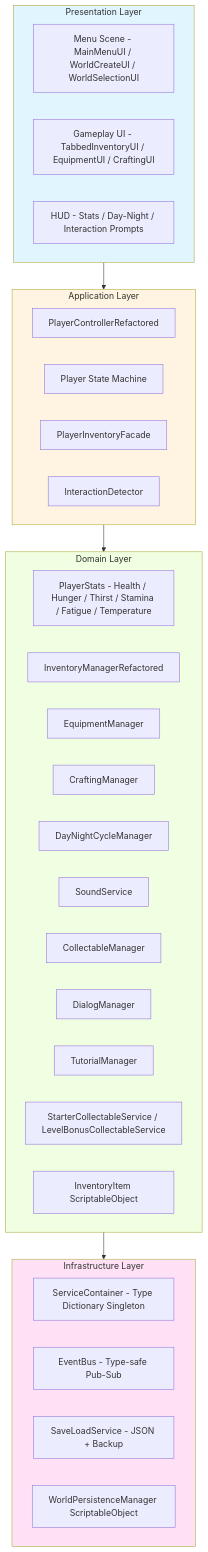
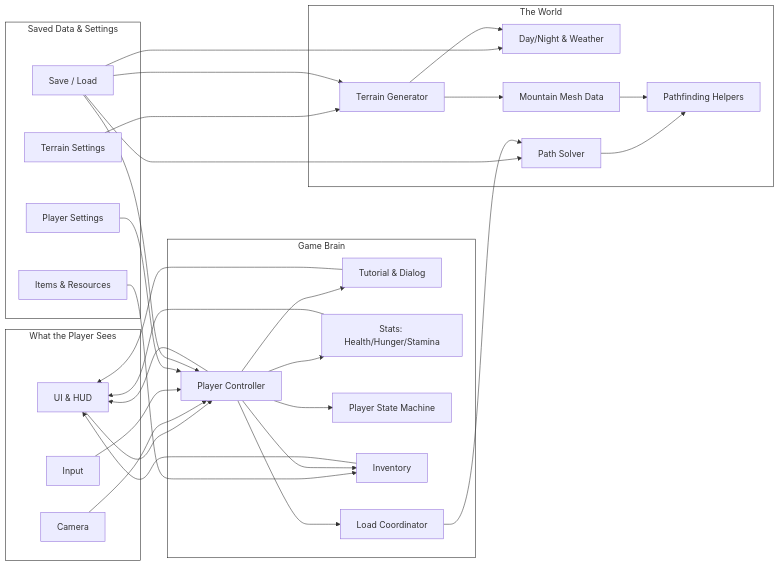
One commit to DontBeknown/so-PEAK changed the first of 3 diagrams in CODEBASE_MERMAID_DIAGRAMS.md. Above: the diagram before and after it, drawn with Mermaid. The commit also changed other lines of this file and 64 other files, not shown here.

````diff
--- a/CODEBASE_MERMAID_DIAGRAMS.md
+++ b/CODEBASE_MERMAID_DIAGRAMS.md
@@ -24,45 +18,68 @@
 ```mermaid
-graph TB
-    subgraph Presentation["Presentation Layer"]
-        Menu[Menu Scene - MainMenuUI / WorldCreateUI / WorldSelectionUI]
-        UI[Gameplay UI - TabbedInventoryUI / EquipmentUI / CraftingUI]
-        HUD[HUD - Stats / Day-Night / Interaction Prompts]
+graph LR
+    subgraph PlayerSide[What the Player Sees]
+        UI[UI & HUD]
+        Camera[Camera]
+        Input[Input]
     end
 
-    subgraph Application["Application Layer"]
-        Controller[PlayerControllerRefactored]
+    subgraph CoreGameLogic[Game Brain]
+        Story[Tutorial & Dialog]
+        PlayerController[Player Controller]
+        StatSystem[Stats: Health/Hunger/Stamina]
         StateMachine[Player State Machine]
-        InvFacade[PlayerInventoryFacade]
-        InteractionDetector[InteractionDetector]
+        Inventory[Inventory]
+        PathRequest[Load Coordinator]
     end
 
-    subgraph Domain["Domain Layer"]
-        PlayerStats[PlayerStats - Health / Hunger / Thirst / Stamina / Fatigue / Temperature]
-        InventoryMgr[InventoryManagerRefactored]
-        EquipmentMgr[EquipmentManager]
-        CraftingMgr[CraftingManager]
-        DayNight[DayNightCycleManager]
-        SoundSvc[SoundService]
-        CollectMgr[CollectableManager]
-        DialogMgr[DialogManager]
-        TutMgr[TutorialManager]
-        Progression[StarterCollectableService / LevelBonusCollectableService]
-        Items[InventoryItem ScriptableObject]
+    subgraph DataConfig[Saved Data & Settings]
+        PlayerConfig[Player Settings]
+        ItemResource[Items & Resources]
+        TerrainSettings[Terrain Settings]
+        SaveLoad[Save / Load]
     end
 
-    subgraph Infrastructure["Infrastructure Layer"]
-        DI[ServiceContainer - Type Dictionary Singleton]
-        EventBus[EventBus - Type-safe Pub-Sub]
-        SaveLoad[SaveLoadService - JSON + Backup]
-        WorldPersist[WorldPersistenceManager ScriptableObject]
+    subgraph WorldSystems[The World]
+        Environment[Day/Night & Weather]
+        TerrainGen[Terrain Generator]
+        Heightmap[Mountain Mesh Data]
+        Solver[Path Solver]
+        PathHelpers[Pathfinding Helpers]
     end
 
-    Presentation --> Application
-    Application --> Domain
-    Domain --> Infrastructure
+    UI --> PlayerController
+    Camera --> PlayerController
+    Input --> PlayerController
 
-    style Presentation fill:#e1f5ff
-    style Application fill:#fff4e1
-    style Domain fill:#f0ffe1
-    style Infrastructure fill:#ffe1f5
+    PlayerConfig --> PlayerController
+    ItemResource --> Inventory
+    TerrainSettings --> TerrainGen
+
+    SaveLoad --> PlayerController
+    SaveLoad --> Environment
+    SaveLoad --> TerrainGen
+    SaveLoad --> Solver
+
+    PlayerController --> UI
+    PlayerController --> StatSystem
+    PlayerController --> Story
+    PlayerController --> PathRequest
+    PlayerController --> StateMachine
+    PlayerController --> Inventory
+
+    StatSystem --> UI
+    Story --> UI
+    Inventory --> UI
+
+    PathRequest --> Solver
+    Solver --> PathHelpers
+
+    TerrainGen --> Heightmap
+    TerrainGen --> Environment
+    Heightmap --> PathHelpers
+
+    style PlayerSide fill:#ffffff,stroke:#222,stroke-width:1px
+    style CoreGameLogic fill:#ffffff,stroke:#222,stroke-width:1px
+    style DataConfig fill:#ffffff,stroke:#222,stroke-width:1px
+    style WorldSystems fill:#ffffff,stroke:#222,stroke-width:1px
 ```
````
